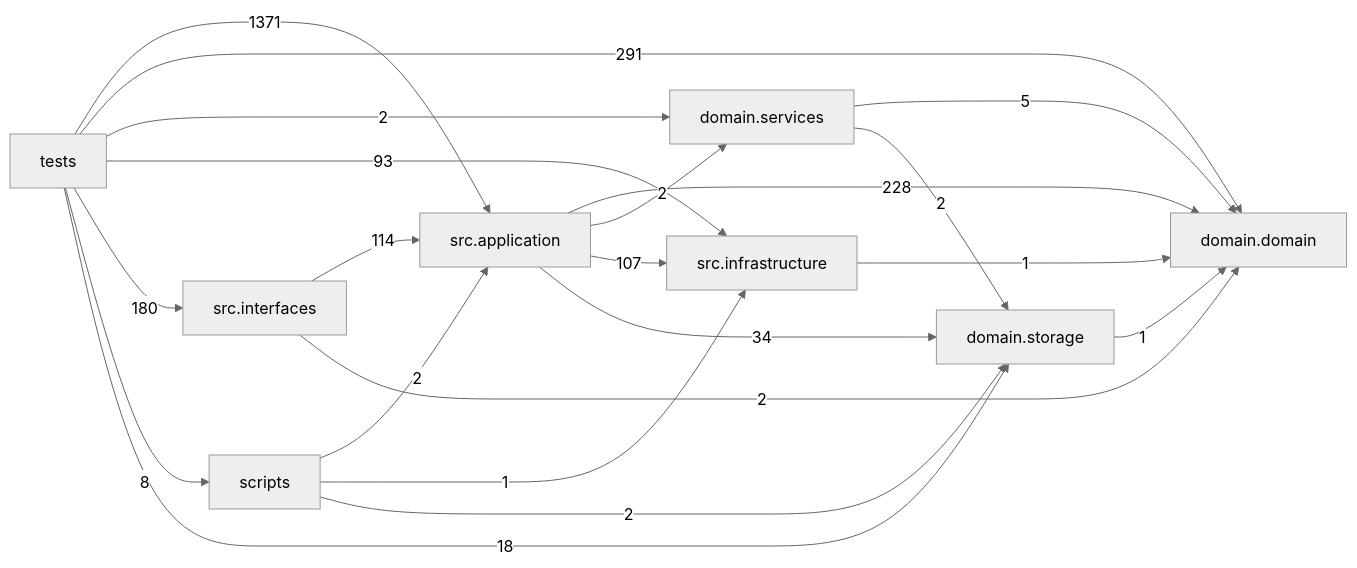
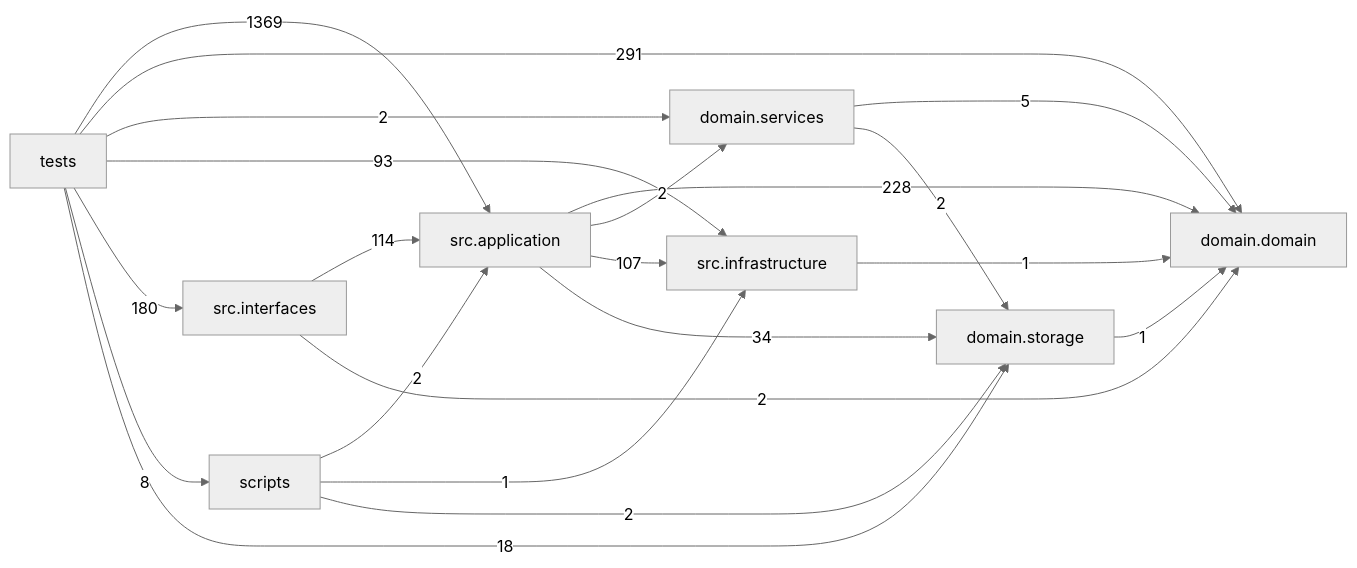
The diagram in docs/DEPENDENCY_GRAPH.md (liuxie066/options-monitor), drawn with Mermaid (neutral theme) before and after one commit. The commit also changed other lines of this file, not shown here.

Commit message:
Fix release dependency graph baseline

````diff
--- a/docs/DEPENDENCY_GRAPH.md
+++ b/docs/DEPENDENCY_GRAPH.md
@@ -24,31 +24,31 @@
 ```mermaid
 flowchart LR
   tests["tests"]
   scripts["scripts"]
   interfaces["src.interfaces"]
   application["src.application"]
   infrastructure["src.infrastructure"]
   domain_services["domain.services"]
   domain["domain.domain"]
   storage["domain.storage"]
   application -->|228| domain
   application -->|2| domain_services
   application -->|107| infrastructure
   application -->|34| storage
   domain_services -->|5| domain
   domain_services -->|2| storage
   infrastructure -->|1| domain
   interfaces -->|114| application
   interfaces -->|2| domain
   scripts -->|2| application
   scripts -->|1| infrastructure
   scripts -->|2| storage
   storage -->|1| domain
-  tests -->|1371| application
+  tests -->|1369| application
   tests -->|291| domain
   tests -->|2| domain_services
   tests -->|93| infrastructure
   tests -->|180| interfaces
   tests -->|8| scripts
   tests -->|18| storage
 ```
````
